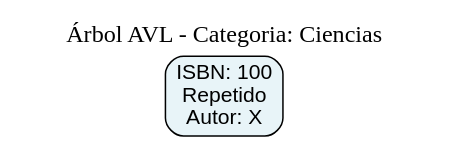
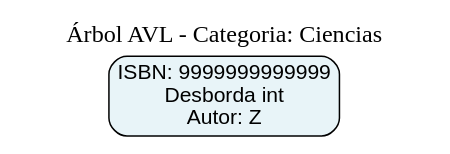
One commit to 4064998100101-cell/IPC2_Proy02_202602_202504191 changed the diagram in Proyecto2/wwwroot/avl_temp.dot. Above: the diagram before and after it, drawn with Graphviz. The commit also changed 7 other files, not shown here.

```diff
--- a/Proyecto2/wwwroot/avl_temp.dot
+++ b/Proyecto2/wwwroot/avl_temp.dot
@@ -1,8 +1,8 @@
 digraph AVL {
    node [shape=box, style="rounded,filled", fillcolor="#e8f4f8", fontname="Arial"];
    edge [fontname="Arial"];
    label="Árbol AVL - Categoria: Ciencias\n";
    labelloc="top";
    fontsize=16;
-   isbn_100 [label="ISBN: 100\nRepetido\nAutor: X"];
+   isbn_9999999999999 [label="ISBN: 9999999999999\nDesborda int\nAutor: Z"];
 }
```
